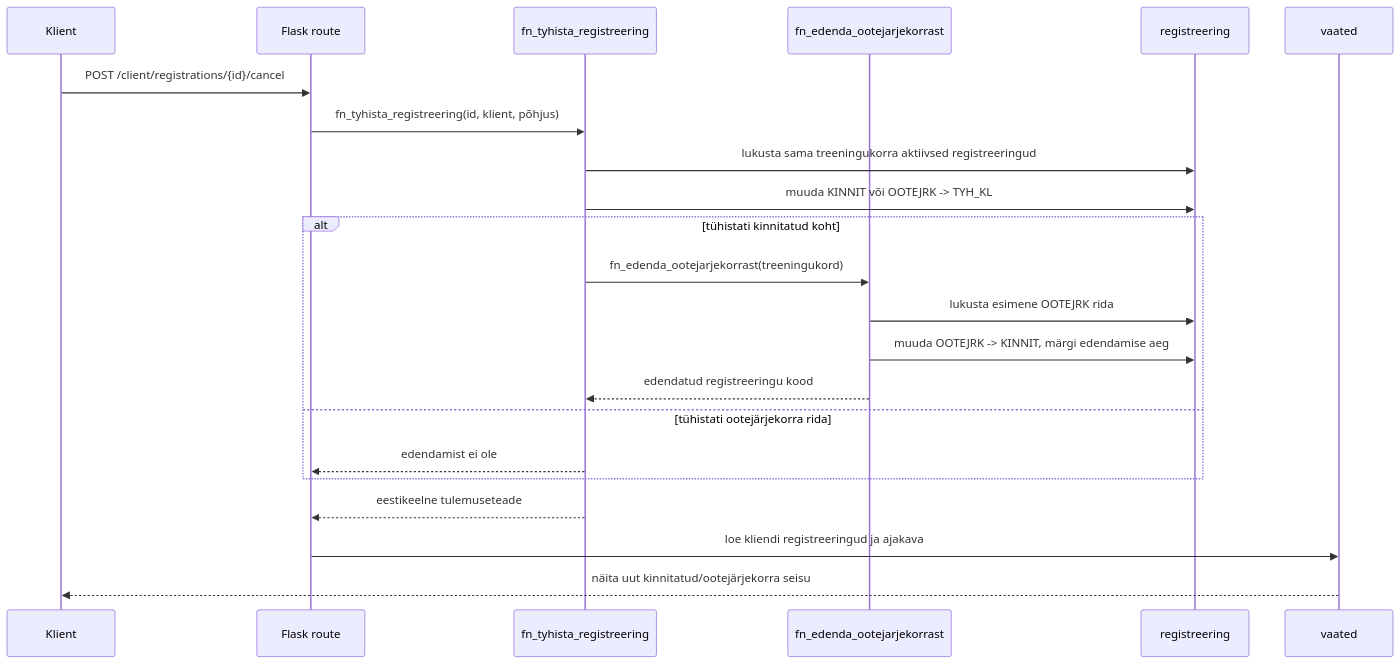
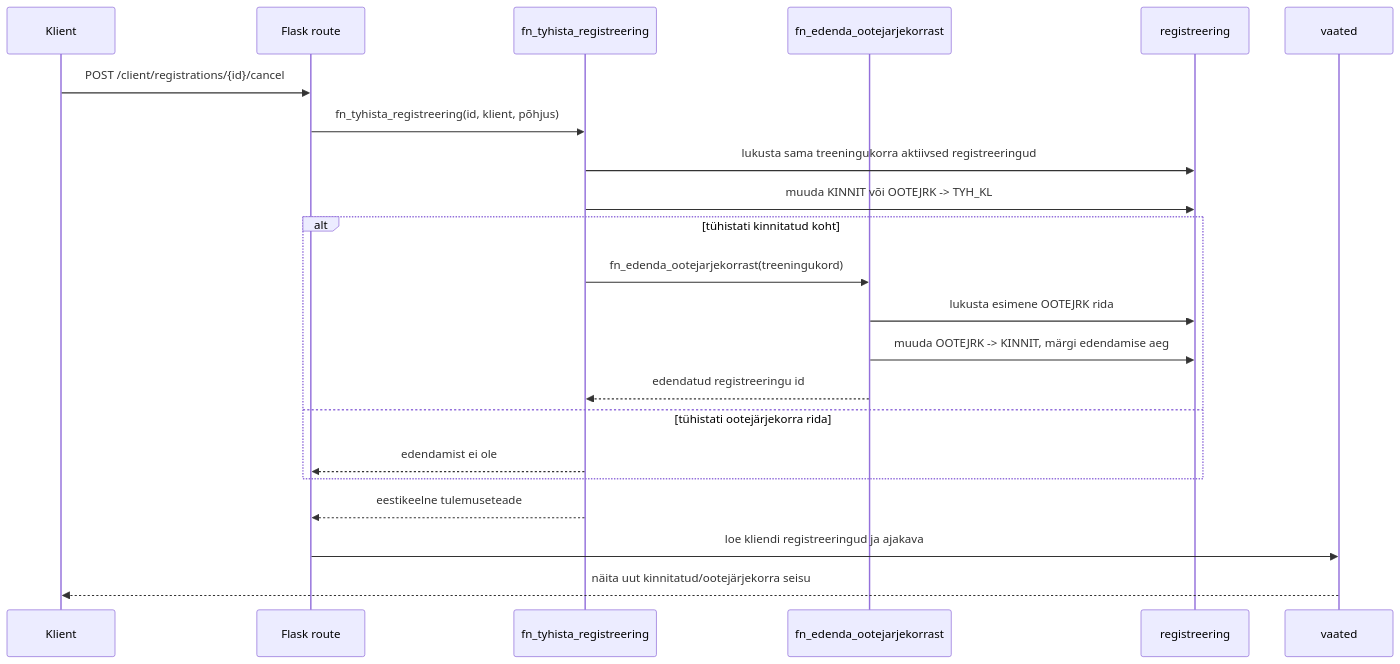
The diagram in diagrams/07_waitlist_sequence.mmd (tamkivi/andmebaasid-projekt), drawn with Mermaid before and after one commit. The commit also changed 29 other files, not shown here.

```diff
--- a/diagrams/07_waitlist_sequence.mmd
+++ b/diagrams/07_waitlist_sequence.mmd
@@ -1,23 +1,23 @@
 sequenceDiagram
     participant K as Klient
     participant F as Flask route
     participant T as fn_tyhista_registreering
     participant E as fn_edenda_ootejarjekorrast
     participant R as registreering
     participant V as vaated
 
     K->>F: POST /client/registrations/{id}/cancel
     F->>T: fn_tyhista_registreering(id, klient, põhjus)
     T->>R: lukusta sama treeningukorra aktiivsed registreeringud
     T->>R: muuda KINNIT või OOTEJRK -> TYH_KL
     alt tühistati kinnitatud koht
         T->>E: fn_edenda_ootejarjekorrast(treeningukord)
         E->>R: lukusta esimene OOTEJRK rida
         E->>R: muuda OOTEJRK -> KINNIT, märgi edendamise aeg
-        E-->>T: edendatud registreeringu kood
+        E-->>T: edendatud registreeringu id
     else tühistati ootejärjekorra rida
         T-->>F: edendamist ei ole
     end
     T-->>F: eestikeelne tulemuseteade
     F->>V: loe kliendi registreeringud ja ajakava
     V-->>K: näita uut kinnitatud/ootejärjekorra seisu
```
